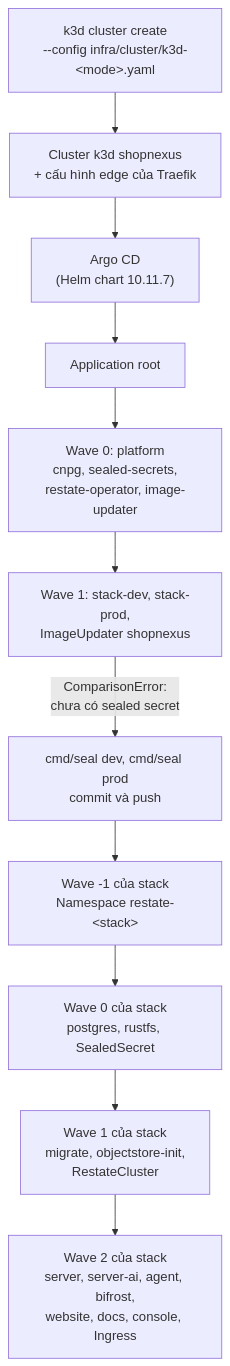
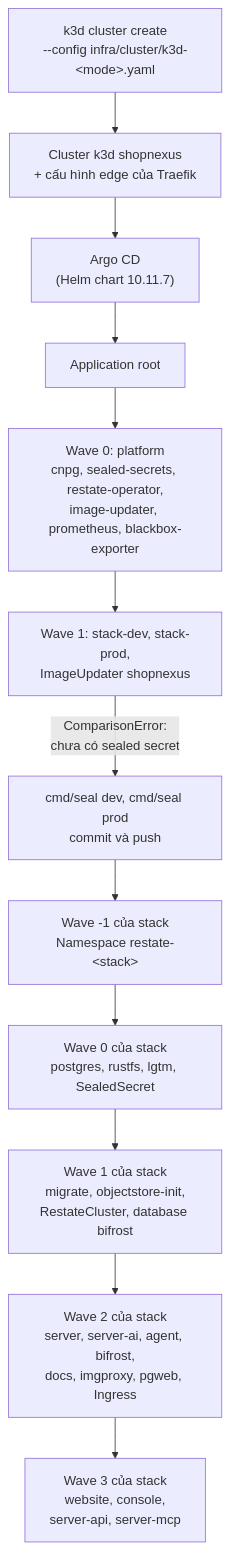
The diagram in web/src/content/docs/vi/operations/cluster/bootstrap.mdx (shopnexus/docs), drawn with Mermaid before and after one commit. The commit also changed other lines of this file and 105 other files, not shown here.

````diff
--- a/web/src/content/docs/vi/operations/cluster/bootstrap.mdx
+++ b/web/src/content/docs/vi/operations/cluster/bootstrap.mdx
@@ -29,13 +29,14 @@
 ```mermaid title="Những gì chạy sau k3d cluster create"
 flowchart TD
   up["k3d cluster create<br/>--config infra/cluster/k3d-#lt;mode#gt;.yaml"] --> k3d["Cluster k3d shopnexus<br/>+ cấu hình edge của Traefik"]
   k3d --> argo["Argo CD<br/>(Helm chart 10.11.7)"]
   argo --> root["Application root"]
-  root --> w0["Wave 0: platform<br/>cnpg, sealed-secrets,<br/>restate-operator, image-updater"]
+  root --> w0["Wave 0: platform<br/>cnpg, sealed-secrets, restate-operator,<br/>image-updater, prometheus, blackbox-exporter"]
   w0 --> w1["Wave 1: stack-dev, stack-prod,<br/>ImageUpdater shopnexus"]
   w1 -->|"ComparisonError:<br/>chưa có sealed secret"| seal["cmd/seal dev, cmd/seal prod<br/>commit và push"]
   seal --> sm1["Wave -1 của stack<br/>Namespace restate-#lt;stack#gt;"]
-  sm1 --> s0["Wave 0 của stack<br/>postgres, rustfs, SealedSecret"]
-  s0 --> s1["Wave 1 của stack<br/>migrate, objectstore-init,<br/>RestateCluster"]
-  s1 --> s2["Wave 2 của stack<br/>server, server-ai, agent, bifrost,<br/>website, docs, console, Ingress"]
+  sm1 --> s0["Wave 0 của stack<br/>postgres, rustfs, lgtm, SealedSecret"]
+  s0 --> s1["Wave 1 của stack<br/>migrate, objectstore-init,<br/>RestateCluster, database bifrost"]
+  s1 --> s2["Wave 2 của stack<br/>server, server-ai, agent, bifrost,<br/>docs, imgproxy, pgweb, Ingress"]
+  s2 --> s3["Wave 3 của stack<br/>website, console,<br/>server-api, server-mcp"]
 ```
````
